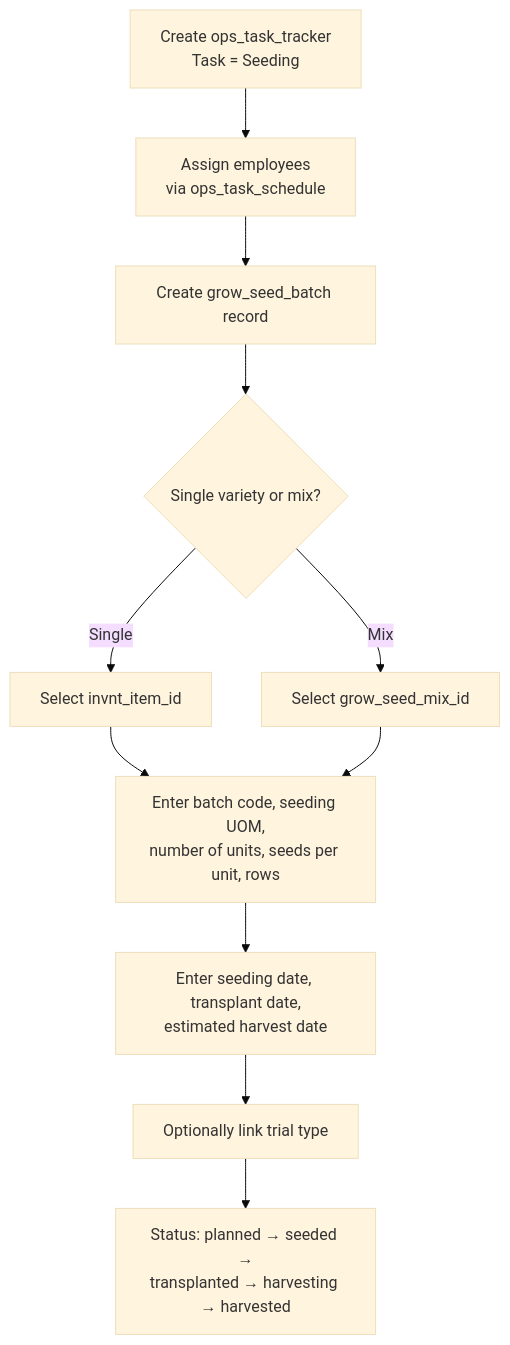
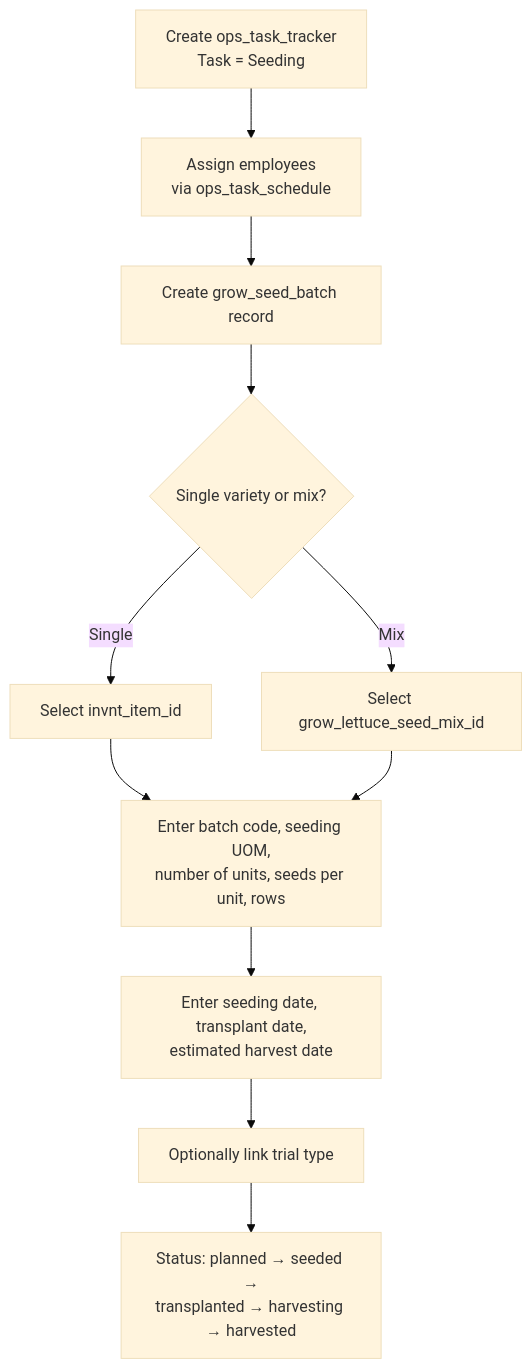
One commit to Hawaii-Farming/aloha-data-migrations changed the diagram in docs/processes/20260408000003_grow_seeding_workflow.md. Above: the diagram before and after it, drawn with Mermaid (base theme). The commit also changed other lines of this file and 9 other files, not shown here.

First line of the commit message:
Rename grow_seed_mix / grow_seed_mix_item to grow_lettuce_seed_mix*

````diff
--- a/docs/processes/20260408000003_grow_seeding_workflow.md
+++ b/docs/processes/20260408000003_grow_seeding_workflow.md
@@ -45,13 +45,13 @@
 ```mermaid
 flowchart TD
     A[Create ops_task_tracker\nTask = Seeding] --> A1[Assign employees\nvia ops_task_schedule]
     A1 --> B[Create grow_seed_batch record]
     B --> C{Single variety or mix?}
     C -->|Single| D[Select invnt_item_id]
-    C -->|Mix| E[Select grow_seed_mix_id]
+    C -->|Mix| E[Select grow_lettuce_seed_mix_id]
     D --> F[Enter batch code, seeding UOM,\nnumber of units, seeds per unit, rows]
     E --> F
     F --> G[Enter seeding date, transplant date,\nestimated harvest date]
     G --> H[Optionally link trial type]
     H --> I[Status: planned → seeded →\ntransplanted → harvesting → harvested]
 ```
````
